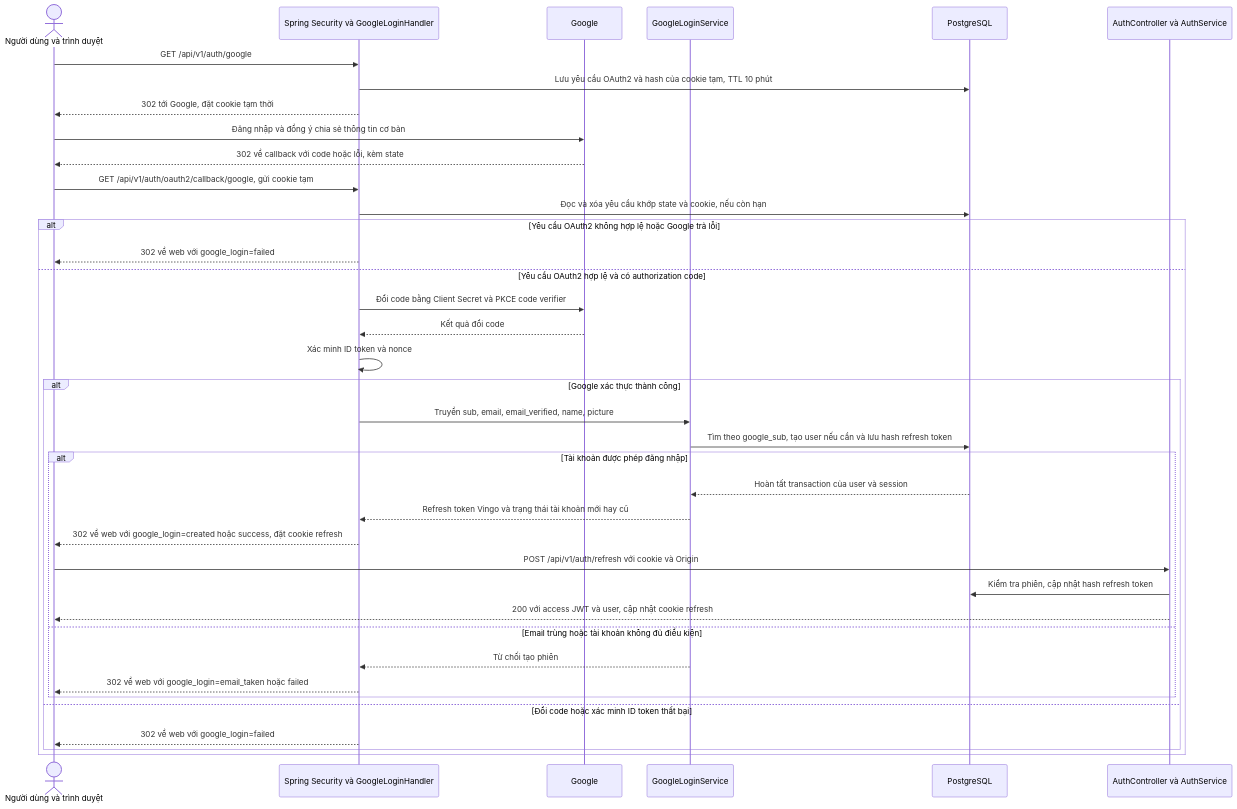
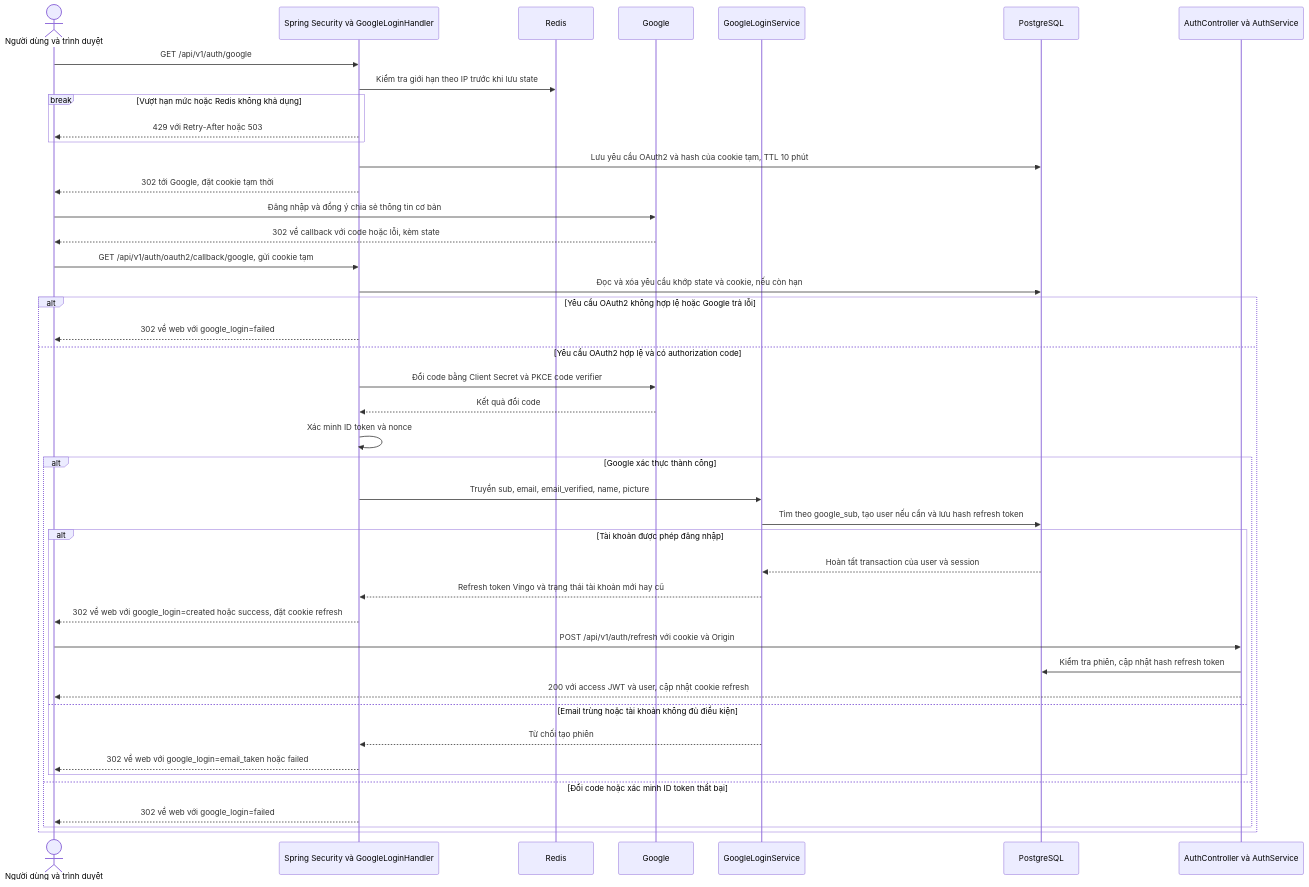
The diagram in docs/google-oauth2.md (TNTD-dev/vingo-backend), drawn with Mermaid before and after one commit. The commit also changed other lines of this file and 24 other files, not shown here.

````diff
--- a/docs/google-oauth2.md
+++ b/docs/google-oauth2.md
@@ -17,41 +17,46 @@
 ```mermaid
 sequenceDiagram
     actor Browser as Người dùng và trình duyệt
     participant OAuth as Spring Security và GoogleLoginHandler
+    participant Redis as Redis
     participant Google as Google
     participant Login as GoogleLoginService
     participant DB as PostgreSQL
     participant API as AuthController và AuthService
 
     Browser->>OAuth: GET /api/v1/auth/google
+    OAuth->>Redis: Kiểm tra giới hạn theo IP trước khi lưu state
+    break Vượt hạn mức hoặc Redis không khả dụng
+        OAuth-->>Browser: 429 với Retry-After hoặc 503
+    end
     OAuth->>DB: Lưu yêu cầu OAuth2 và hash của cookie tạm, TTL 10 phút
     OAuth-->>Browser: 302 tới Google, đặt cookie tạm thời
     Browser->>Google: Đăng nhập và đồng ý chia sẻ thông tin cơ bản
     Google-->>Browser: 302 về callback với code hoặc lỗi, kèm state
     Browser->>OAuth: GET /api/v1/auth/oauth2/callback/google, gửi cookie tạm
     OAuth->>DB: Đọc và xóa yêu cầu khớp state và cookie, nếu còn hạn
     alt Yêu cầu OAuth2 không hợp lệ hoặc Google trả lỗi
         OAuth-->>Browser: 302 về web với google_login=failed
     else Yêu cầu OAuth2 hợp lệ và có authorization code
         OAuth->>Google: Đổi code bằng Client Secret và PKCE code verifier
         Google-->>OAuth: Kết quả đổi code
         OAuth->>OAuth: Xác minh ID token và nonce
         alt Google xác thực thành công
             OAuth->>Login: Truyền sub, email, email_verified, name, picture
             Login->>DB: Tìm theo google_sub, tạo user nếu cần và lưu hash refresh token
             alt Tài khoản được phép đăng nhập
                 DB-->>Login: Hoàn tất transaction của user và session
                 Login-->>OAuth: Refresh token Vingo và trạng thái tài khoản mới hay cũ
                 OAuth-->>Browser: 302 về web với google_login=created hoặc success, đặt cookie refresh
                 Browser->>API: POST /api/v1/auth/refresh với cookie và Origin
                 API->>DB: Kiểm tra phiên, cập nhật hash refresh token
                 API-->>Browser: 200 với access JWT và user, cập nhật cookie refresh
             else Email trùng hoặc tài khoản không đủ điều kiện
                 Login-->>OAuth: Từ chối tạo phiên
                 OAuth-->>Browser: 302 về web với google_login=email_taken hoặc failed
             end
         else Đổi code hoặc xác minh ID token thất bại
             OAuth-->>Browser: 302 về web với google_login=failed
         end
     end
 ```
````
